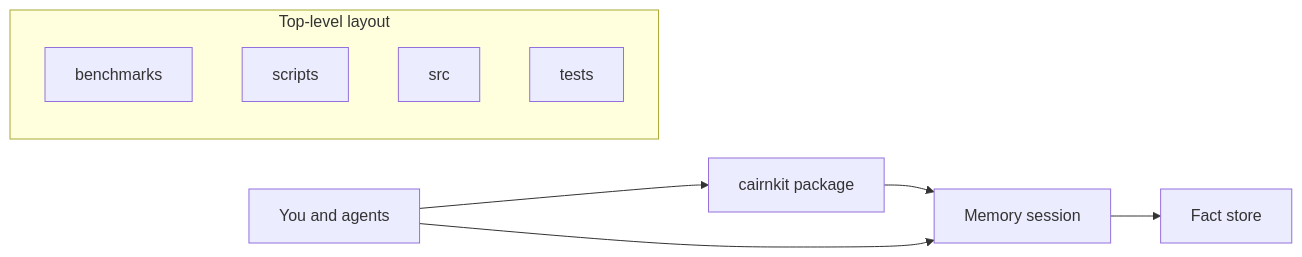
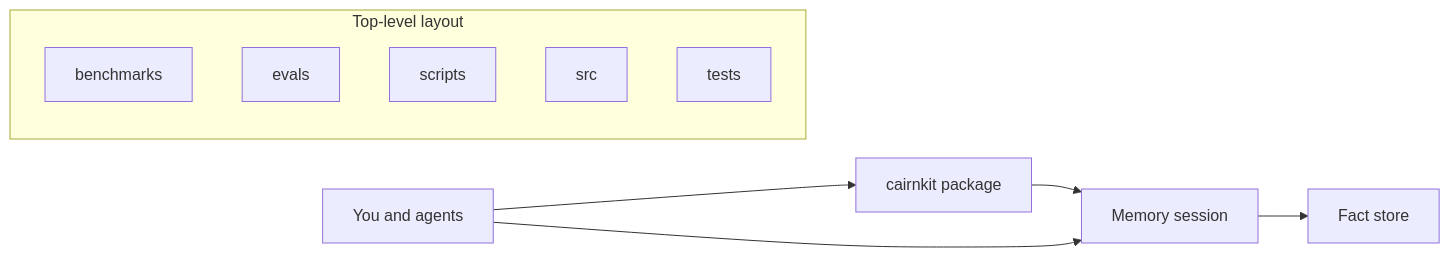
Before and after one commit to matthewpergolski/cairnkit: the diagram in docs/state/README.md, drawn with Mermaid. The commit also changed other lines of this file and 13 other files, not shown here.

````diff
--- a/docs/state/README.md
+++ b/docs/state/README.md
@@ -27,17 +27,18 @@
 ```mermaid
 flowchart LR
     Person[You and agents]
     Package[cairnkit package]
     MemorySession[Memory session]
     FactStore[Fact store]
     Person --> Package
     Package --> MemorySession
     Person --> MemorySession
     MemorySession --> FactStore
     subgraph Layout[Top-level layout]
         benchmarks[benchmarks]
+        evals[evals]
         scripts[scripts]
         src[src]
         tests[tests]
     end
 ```
````
